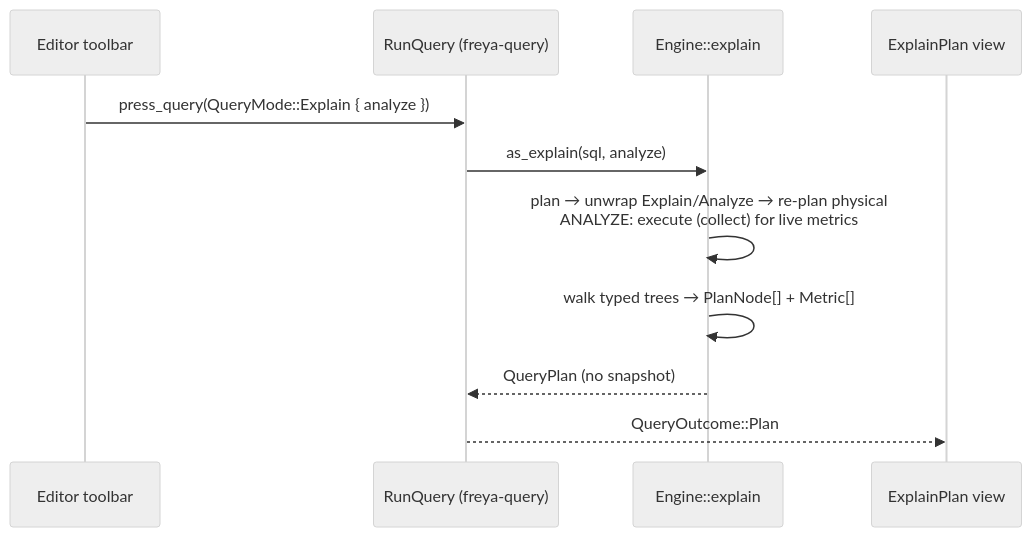
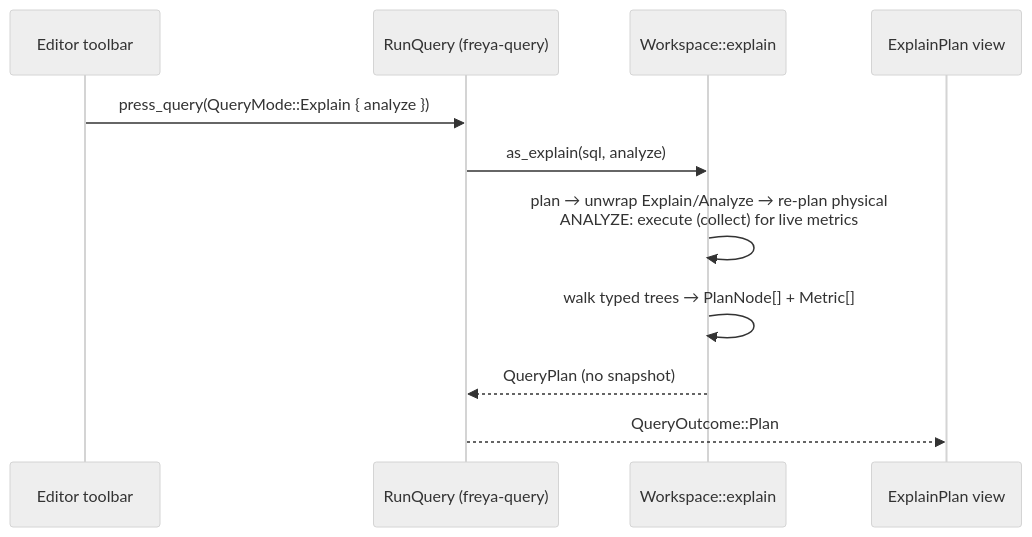
The diagram in docs/EXPLAIN_PLAN_SPEC.md (alexparlett/strata), drawn with Mermaid (neutral theme) before and after one commit. The commit also changed other lines of this file and 98 other files, not shown here.

````diff
--- a/docs/EXPLAIN_PLAN_SPEC.md
+++ b/docs/EXPLAIN_PLAN_SPEC.md
@@ -51,13 +51,13 @@
 ```mermaid
 sequenceDiagram
     participant T as Editor toolbar
     participant Q as RunQuery (freya-query)
-    participant E as Engine::explain
+    participant E as Workspace::explain
     participant V as ExplainPlan view
     T->>Q: press_query(QueryMode::Explain { analyze })
     Q->>E: as_explain(sql, analyze)
     E->>E: plan → unwrap Explain/Analyze → re-plan physical<br/>ANALYZE: execute (collect) for live metrics
     E->>E: walk typed trees → PlanNode[] + Metric[]
     E-->>Q: QueryPlan (no snapshot)
     Q-->>V: QueryOutcome::Plan
 ```
````
